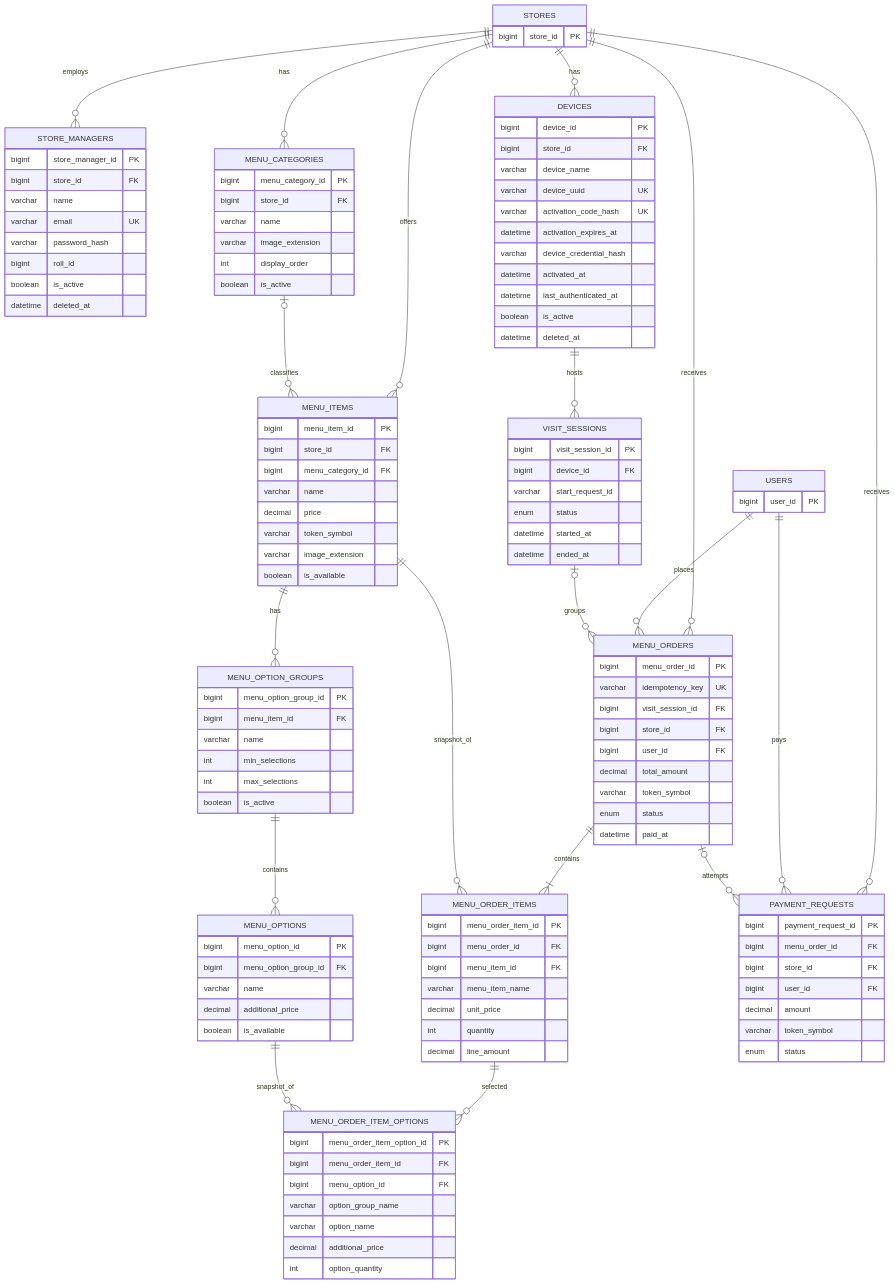
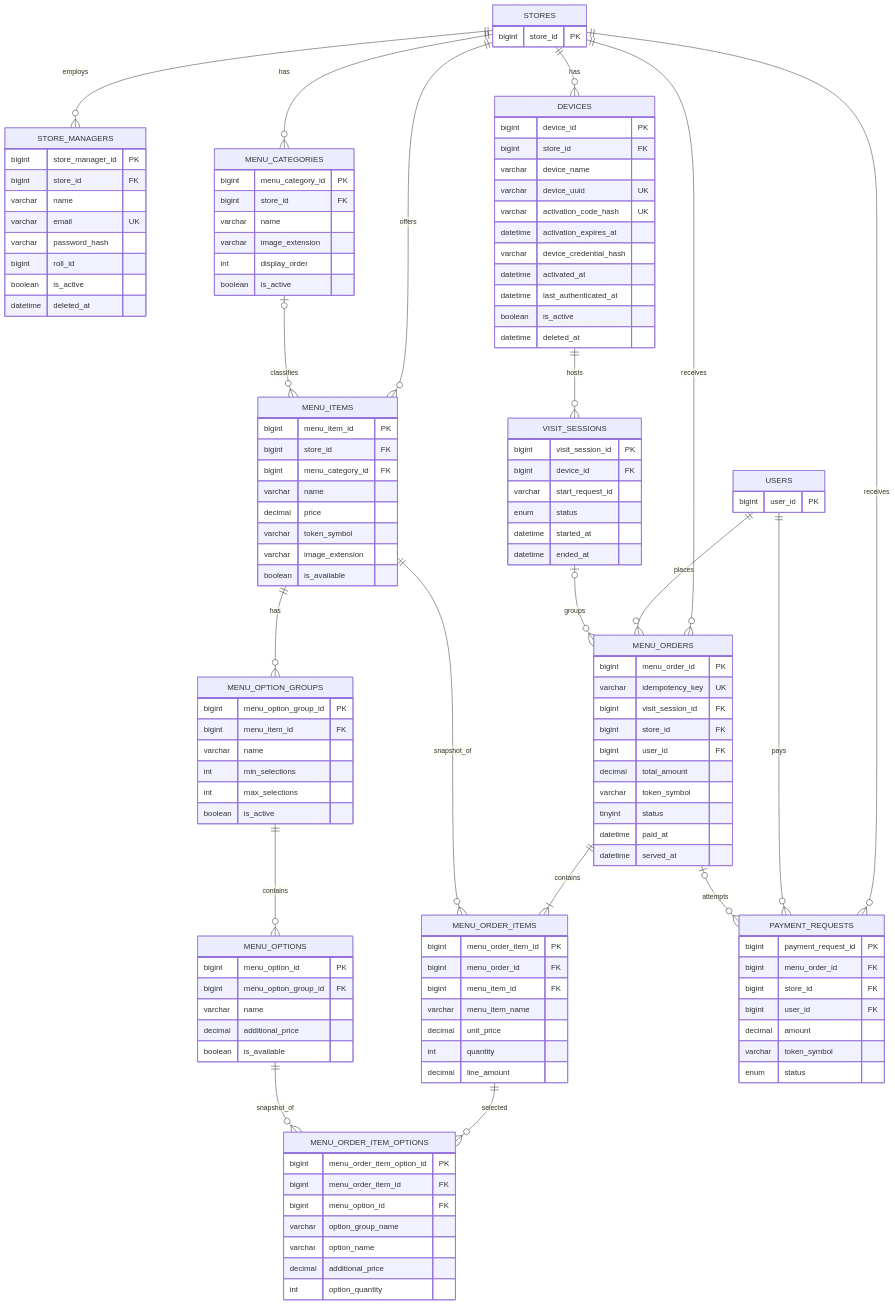
One commit to terao06/teraid-pay-api changed the diagram in docs/DB構成.md. Above: the diagram before and after it, drawn with Mermaid. The commit also changed other lines of this file and 22 other files, not shown here.

```diff
--- a/docs/DB構成.md
+++ b/docs/DB構成.md
@@ -315,8 +328,9 @@
         bigint user_id FK
         decimal total_amount
         varchar token_symbol
-        enum status
+        tinyint status
         datetime paid_at
+        datetime served_at
     }
 
     MENU_ORDER_ITEMS {
```
